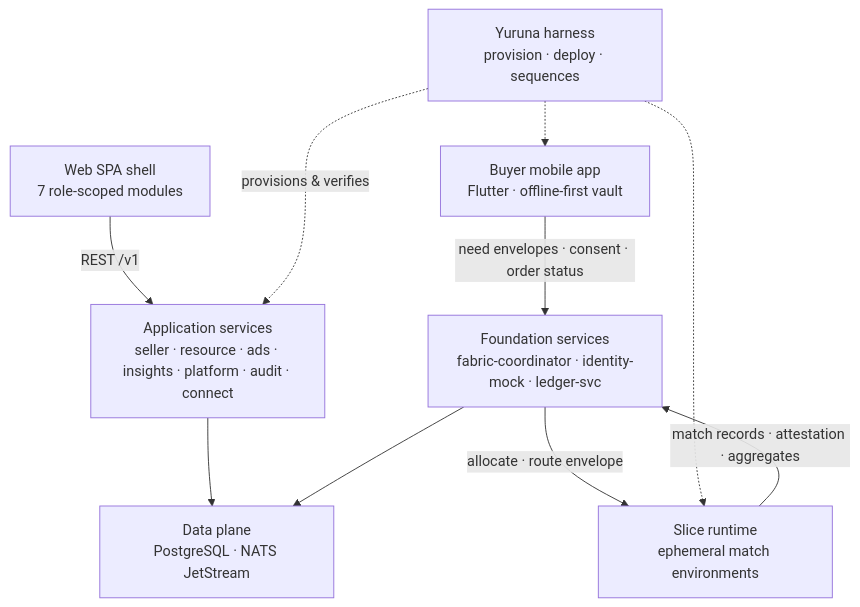
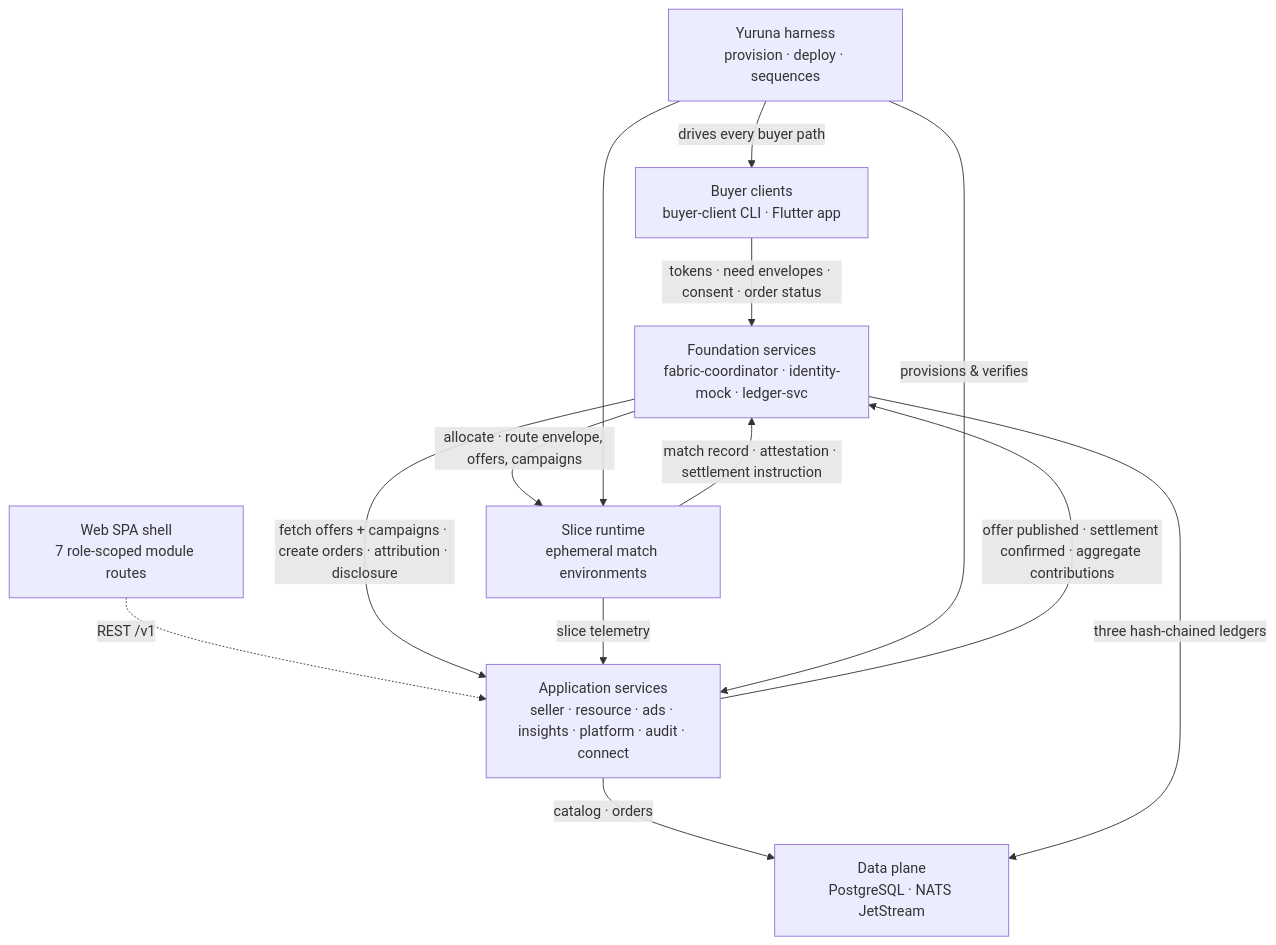
Before and after one commit to alius-git/amisad.dev: the first of 2 diagrams in plan/design/01-overview.md, drawn with Mermaid. The commit also changed other lines of this file and 19 other files, not shown here.

````diff
--- a/plan/design/01-overview.md
+++ b/plan/design/01-overview.md
@@ -9,20 +9,23 @@
 ```mermaid
 flowchart TD
-    buyer["Buyer mobile app<br/>Flutter · offline-first vault"]
-    web["Web SPA shell<br/>7 role-scoped modules"]
+    buyer["Buyer clients<br/>buyer-client CLI · Flutter app"]
+    web["Web SPA shell<br/>7 role-scoped module routes"]
     core["Application services<br/>seller · resource · ads · insights · platform · audit · connect"]
     found["Foundation services<br/>fabric-coordinator · identity-mock · ledger-svc"]
     edge["Slice runtime<br/>ephemeral match environments"]
     data["Data plane<br/>PostgreSQL · NATS JetStream"]
     yuruna["Yuruna harness<br/>provision · deploy · sequences"]
 
-    buyer -->|"need envelopes · consent · order status"| found
-    web -->|"REST /v1"| core
-    core --> data
-    found --> data
-    found -->|"allocate · route envelope"| edge
-    edge -->|"match records · attestation · aggregates"| found
-    yuruna -.->|"provisions & verifies"| core
-    yuruna -.-> edge
-    yuruna -.-> buyer
+    buyer -->|"tokens · need envelopes · consent · order status"| found
+    web -.->|"REST /v1"| core
+    core -->|"catalog · orders"| data
+    found -->|"three hash-chained ledgers"| data
+    found -->|"fetch offers + campaigns · create orders · attribution · disclosure"| core
+    core -->|"offer published · settlement confirmed · aggregate contributions"| found
+    found -->|"allocate · route envelope, offers, campaigns"| edge
+    edge -->|"match record · attestation · settlement instruction"| found
+    edge -->|"slice telemetry"| core
+    yuruna -->|"provisions & verifies"| core
+    yuruna --> edge
+    yuruna -->|"drives every buyer path"| buyer
 ```
````
